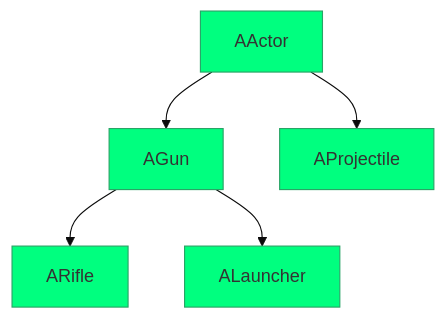
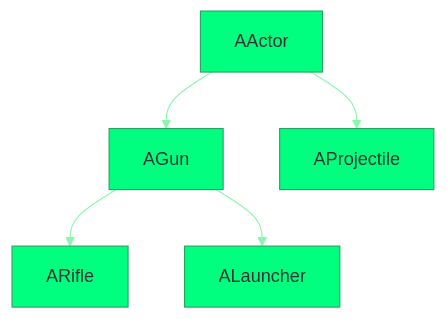
One commit to Mallllo/SimpleShooterRepository changed the first of 2 diagrams in README.md. Above: the diagram before and after it, drawn with Mermaid.

````diff
--- a/README.md
+++ b/README.md
@@ -2,15 +2,16 @@
 ```mermaid
 %%{
   init: {
     'theme': 'base',
     'themeVariables': {
-      'primaryColor': '#00ff7f'
+      'primaryColor': '#00ff7f',
+      'lineColor':'#8af6af'
     }
   }
 }%%
 graph TD;
     AActor-->AGun;
     AGun-->ARifle;
     AGun-->ALauncher;
     AActor-->AProjectile;
 ```
````
